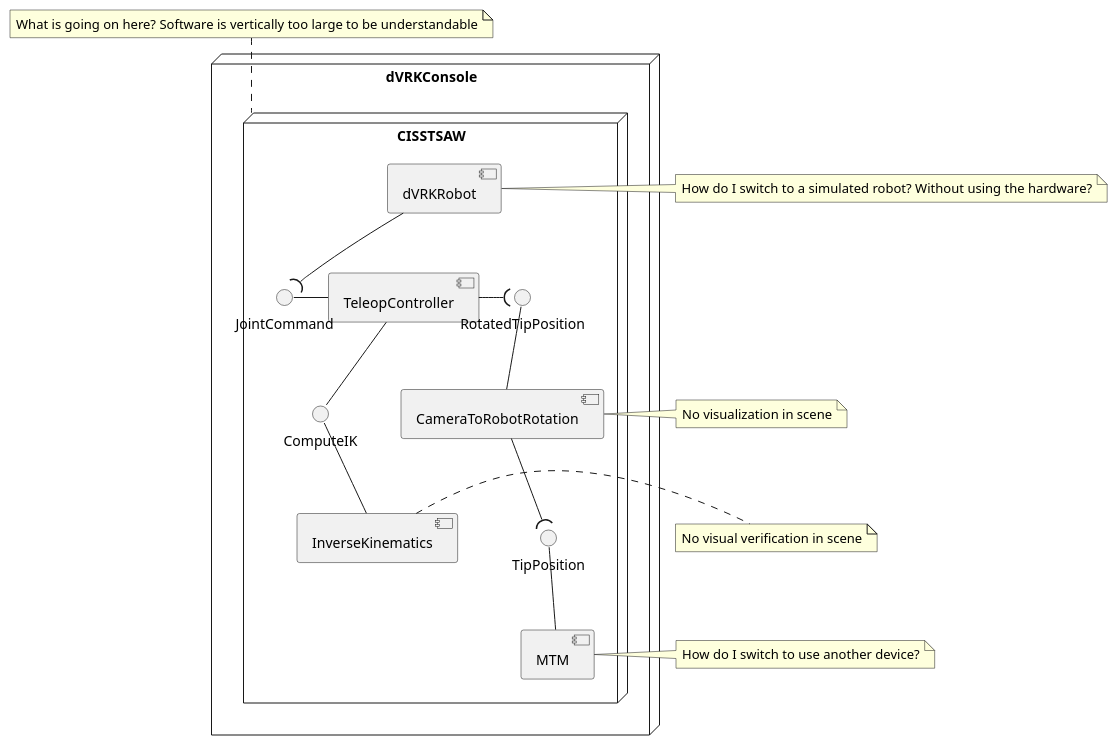
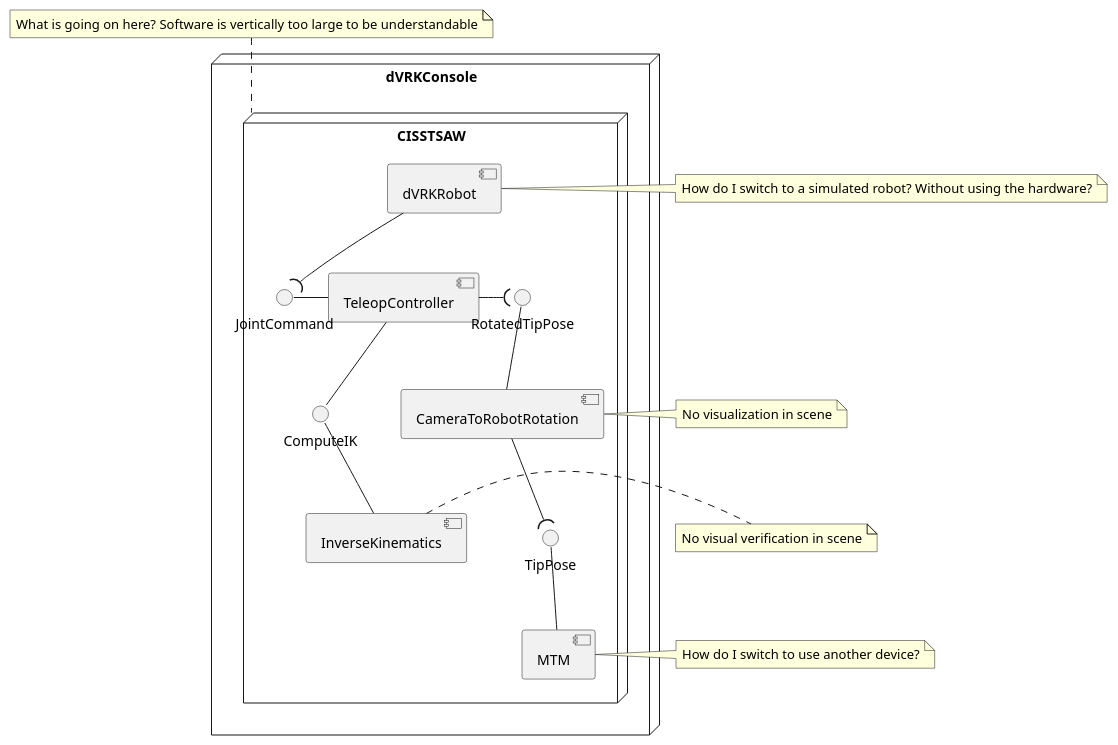
The first of 2 diagrams in proposal.md (MEDCVR/MedRCT), drawn with PlantUML before and after one commit. The commit also changed other lines of this file, not shown here.

````diff
--- a/proposal.md
+++ b/proposal.md
@@ -5,42 +5,42 @@
 ```plantuml
 @startuml
 
 node dVRKConsole{
     node CISSTSAW{
         component TeleopController
 
-        interface RotatedTipPosition
-        TeleopController -right-( RotatedTipPosition
+        interface RotatedTipPose
+        TeleopController -right-( RotatedTipPose
 
         component  CameraToRobotRotation
-        RotatedTipPosition -- CameraToRobotRotation
+        RotatedTipPose -- CameraToRobotRotation
 
         component MTM
-        interface TipPosition
-        TipPosition -- MTM
-        CameraToRobotRotation --( TipPosition
+        interface TipPose
+        TipPose -- MTM
+        CameraToRobotRotation --( TipPose
 
         component dVRKRobot
         interface JointCommand
         dVRKRobot --( JointCommand
         JointCommand -right- TeleopController
 
         interface ComputeIK
         component InverseKinematics
 
         ComputeIK -- InverseKinematics
         TeleopController -- ComputeIK
 
     }
 }
 
 note right of CameraToRobotRotation : No visualization in scene
 note right of InverseKinematics : No visual verification in scene
 
 note right of dVRKRobot : How do I switch to a simulated robot? Without using the hardware?
 note right of MTM : How do I switch to use another device?
 
 note top of CISSTSAW : What is going on here? Software is vertically too large to be understandable
 
 @enduml
 ```
````
